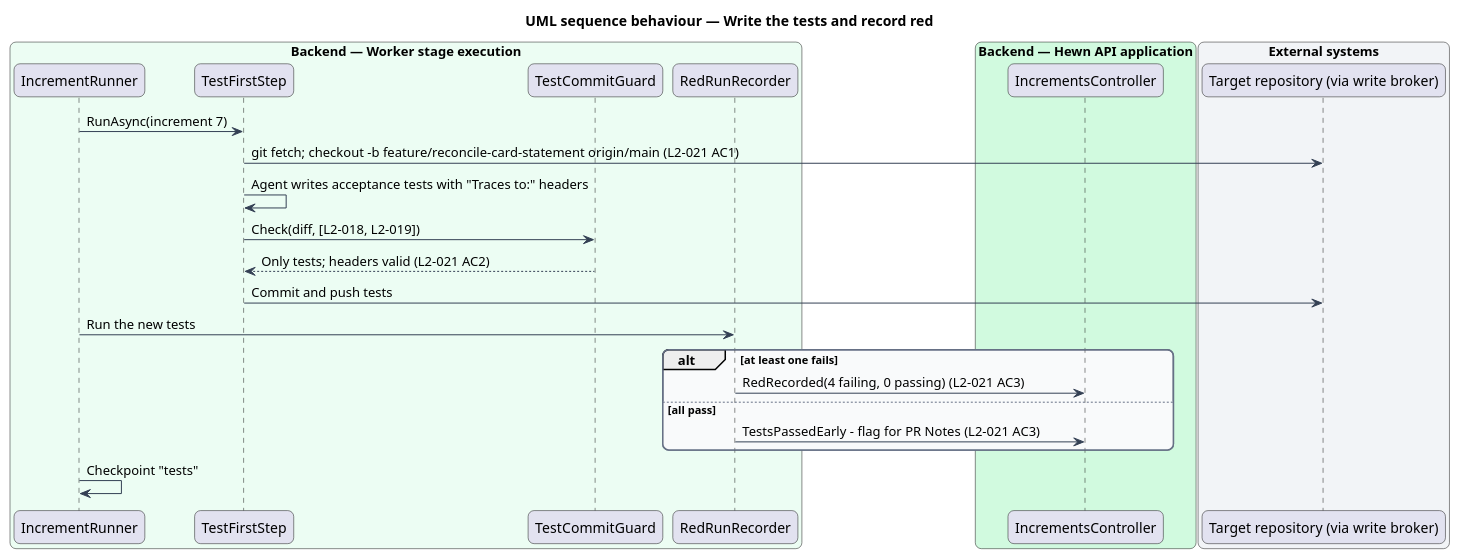
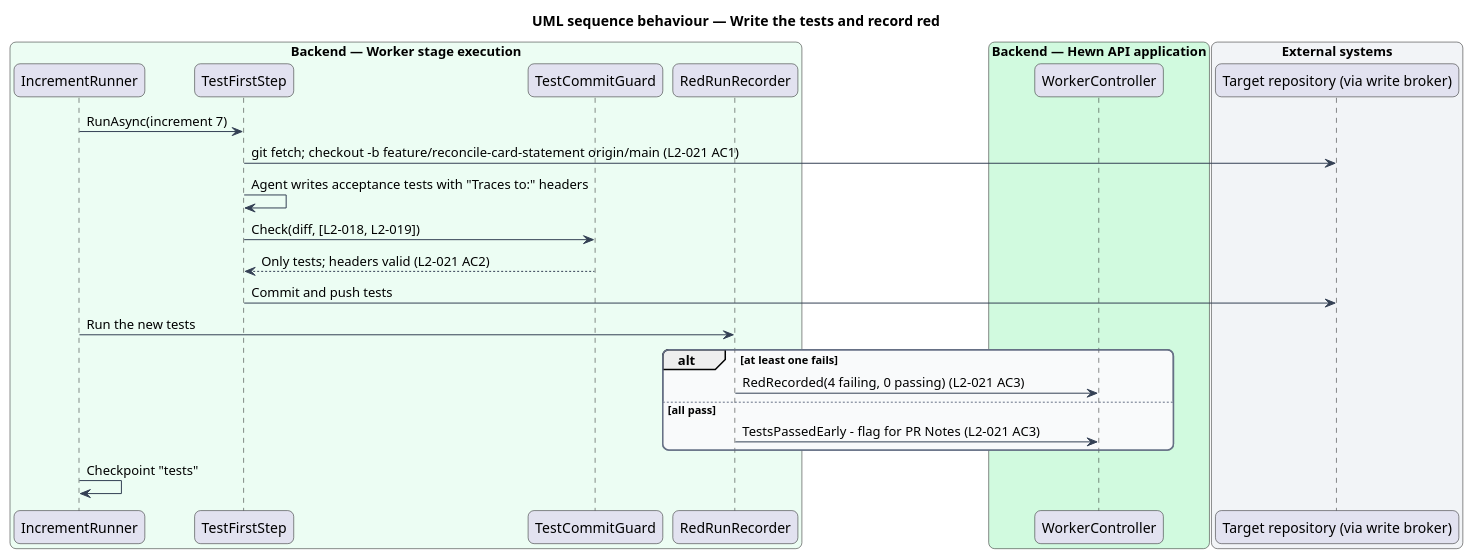
The diagram in docs/detailed-designs/increments/write-tests-first/diagrams/sequence-test-first.puml (QuinntyneBrown/hewn), drawn with PlantUML before and after one commit. The commit also changed 86 other files, not shown here.

```diff
--- a/docs/detailed-designs/increments/write-tests-first/diagrams/sequence-test-first.puml
+++ b/docs/detailed-designs/increments/write-tests-first/diagrams/sequence-test-first.puml
@@ -1,43 +1,43 @@
 @startuml
 title UML sequence behaviour — Write the tests and record red
 skinparam backgroundColor #FFFFFF
 skinparam shadowing false
 skinparam roundcorner 12
 skinparam defaultFontName Arial
 skinparam ArrowColor #344054
 skinparam rectangle {
   BorderColor #344054
   FontColor #101828
 }
 skinparam package {
   BorderColor #667085
   FontColor #101828
   BackgroundColor #F9FAFB
 }
 skinparam sequenceMessageAlign left
 box "Backend — Worker stage execution" #ECFDF3
   participant "IncrementRunner" as runner
   participant "TestFirstStep" as step
   participant "TestCommitGuard" as guard
   participant "RedRunRecorder" as red
 end box
 box "Backend — Hewn API application" #D1FADF
-  participant "IncrementsController" as ctrl
+  participant "WorkerController" as ctrl
 end box
 box "External systems" #F2F4F7
   participant "Target repository (via write broker)" as gh
 end box
 runner -> step : RunAsync(increment 7)
 step -> gh : git fetch; checkout -b feature/reconcile-card-statement origin/main (L2-021 AC1)
 step -> step : Agent writes acceptance tests with "Traces to:" headers
 step -> guard : Check(diff, [L2-018, L2-019])
 guard --> step : Only tests; headers valid (L2-021 AC2)
 step -> gh : Commit and push tests
 runner -> red : Run the new tests
 alt at least one fails
   red -> ctrl : RedRecorded(4 failing, 0 passing) (L2-021 AC3)
 else all pass
   red -> ctrl : TestsPassedEarly - flag for PR Notes (L2-021 AC3)
 end
 runner -> runner : Checkpoint "tests"
 @enduml
```
